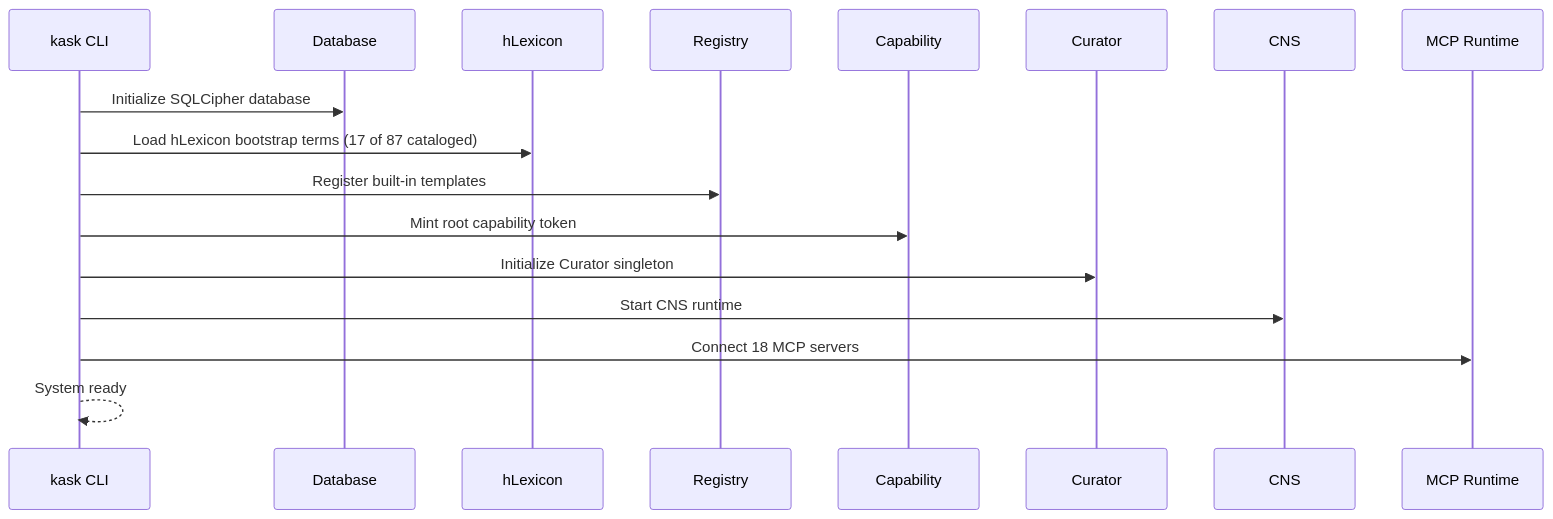
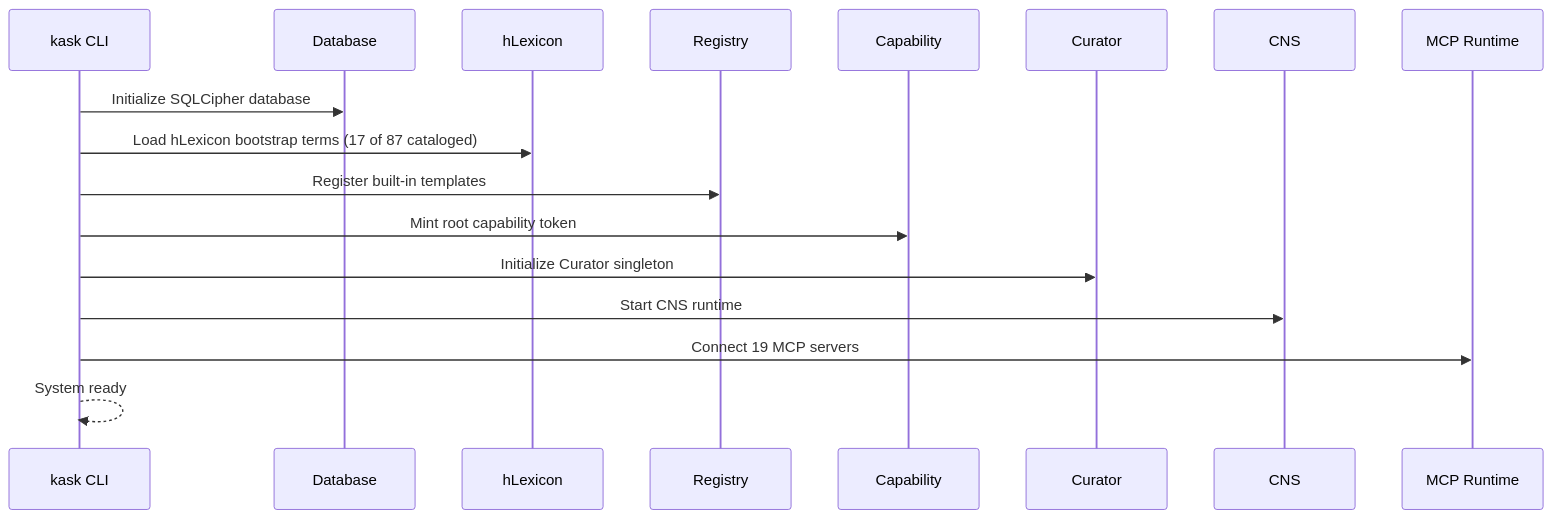
One commit to mdz-axo/hKask changed the second of 3 diagrams in docs/architecture/persistence-and-lifecycle.md. Above: the diagram before and after it, drawn with Mermaid. The commit also changed 15 other files, not shown here.

````diff
--- a/docs/architecture/persistence-and-lifecycle.md
+++ b/docs/architecture/persistence-and-lifecycle.md
@@ -210,20 +210,20 @@
 ```mermaid
 sequenceDiagram
     participant CLI as kask CLI
     participant DB as Database
     participant LEX as hLexicon
     participant REG as Registry
     participant CAP as Capability
     participant CUR as Curator
     participant CNS as CNS
     participant MCP as MCP Runtime
 
     CLI->>DB: Initialize SQLCipher database
     CLI->>LEX: Load hLexicon bootstrap terms (17 of 87 cataloged)
     CLI->>REG: Register built-in templates
     CLI->>CAP: Mint root capability token
     CLI->>CUR: Initialize Curator singleton
     CLI->>CNS: Start CNS runtime
-    CLI->>MCP: Connect 18 MCP servers
+    CLI->>MCP: Connect 19 MCP servers
     CLI-->>CLI: System ready
 ```
````
